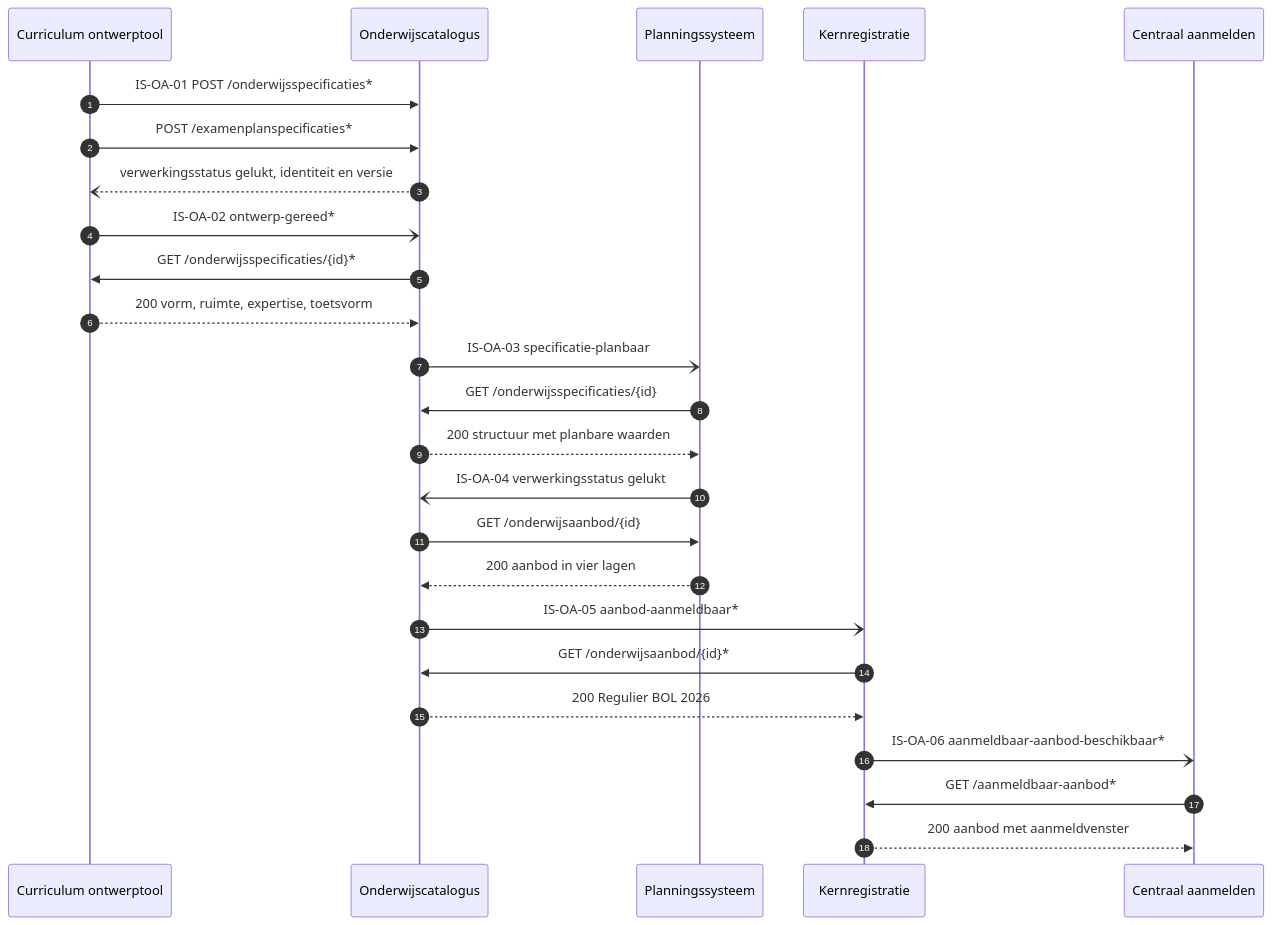
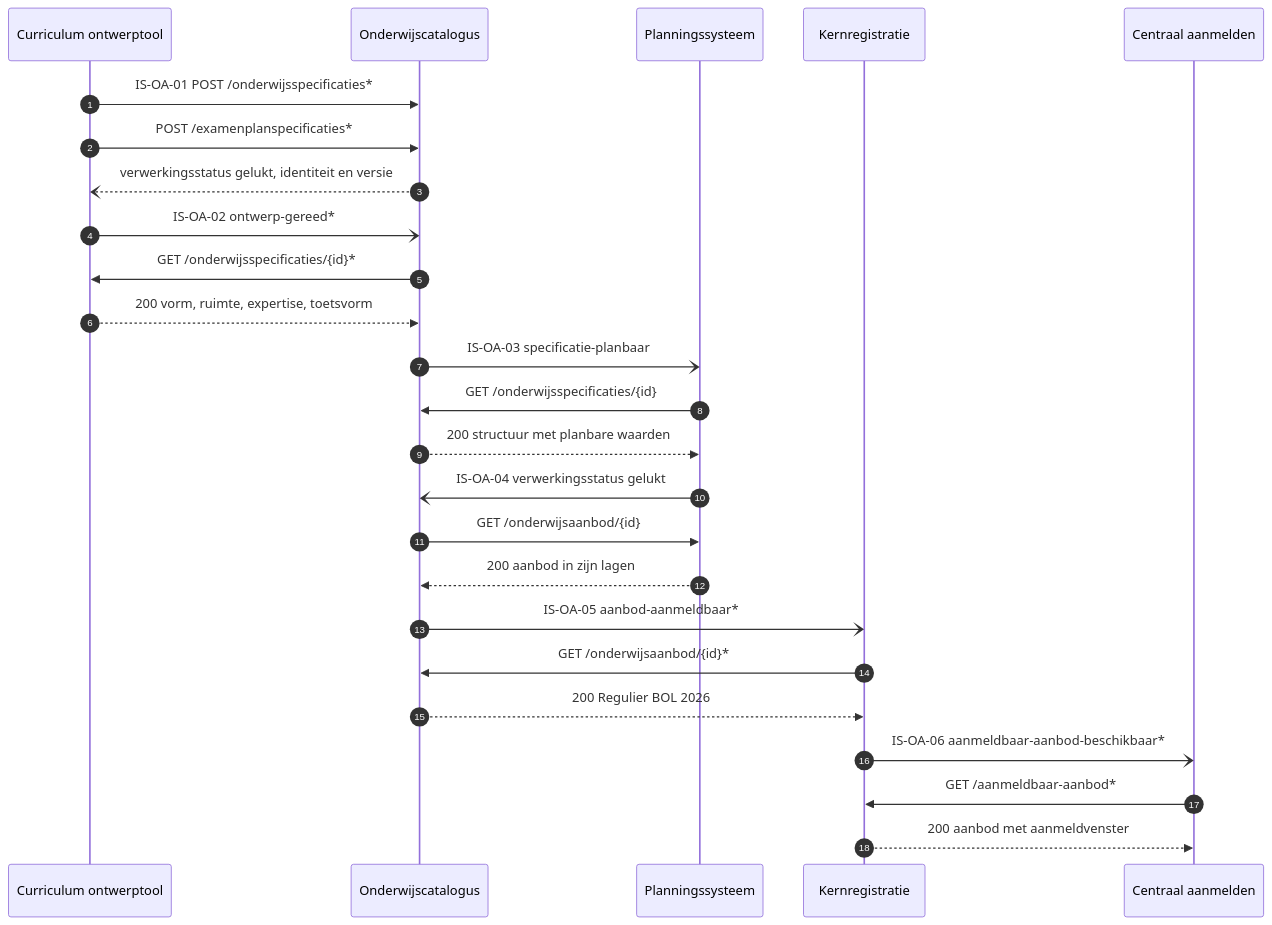
Before and after one commit to Npuls-OKx/meta: the third of 3 diagrams in architecture/docs/specificatie/interactie-onderwijsaanbod/README.md, drawn with Mermaid. The commit also changed other lines of this file and 7 other files, not shown here.

````diff
--- a/architecture/docs/specificatie/interactie-onderwijsaanbod/README.md
+++ b/architecture/docs/specificatie/interactie-onderwijsaanbod/README.md
@@ -297,27 +297,27 @@
 ```mermaid
 sequenceDiagram
     autonumber
     participant CO as Curriculum ontwerptool
     participant OC as Onderwijscatalogus
     participant PL as Planningssysteem
     participant KRS as Kernregistratie
     participant CA as Centraal aanmelden
     CO->>OC: IS-OA-01 POST /onderwijsspecificaties*
     CO->>OC: POST /examenplanspecificaties*
     OC--)CO: verwerkingsstatus gelukt, identiteit en versie
     CO-)OC: IS-OA-02 ontwerp-gereed*
     OC->>CO: GET /onderwijsspecificaties/{id}*
     CO-->>OC: 200 vorm, ruimte, expertise, toetsvorm
     OC-)PL: IS-OA-03 specificatie-planbaar
     PL->>OC: GET /onderwijsspecificaties/{id}
     OC-->>PL: 200 structuur met planbare waarden
     PL-)OC: IS-OA-04 verwerkingsstatus gelukt
     OC->>PL: GET /onderwijsaanbod/{id}
-    PL-->>OC: 200 aanbod in vier lagen
+    PL-->>OC: 200 aanbod in zijn lagen
     OC-)KRS: IS-OA-05 aanbod-aanmeldbaar*
     KRS->>OC: GET /onderwijsaanbod/{id}*
     OC-->>KRS: 200 Regulier BOL 2026
     KRS-)CA: IS-OA-06 aanmeldbaar-aanbod-beschikbaar*
     CA->>KRS: GET /aanmeldbaar-aanbod*
     KRS-->>CA: 200 aanbod met aanmeldvenster
 ```
````
